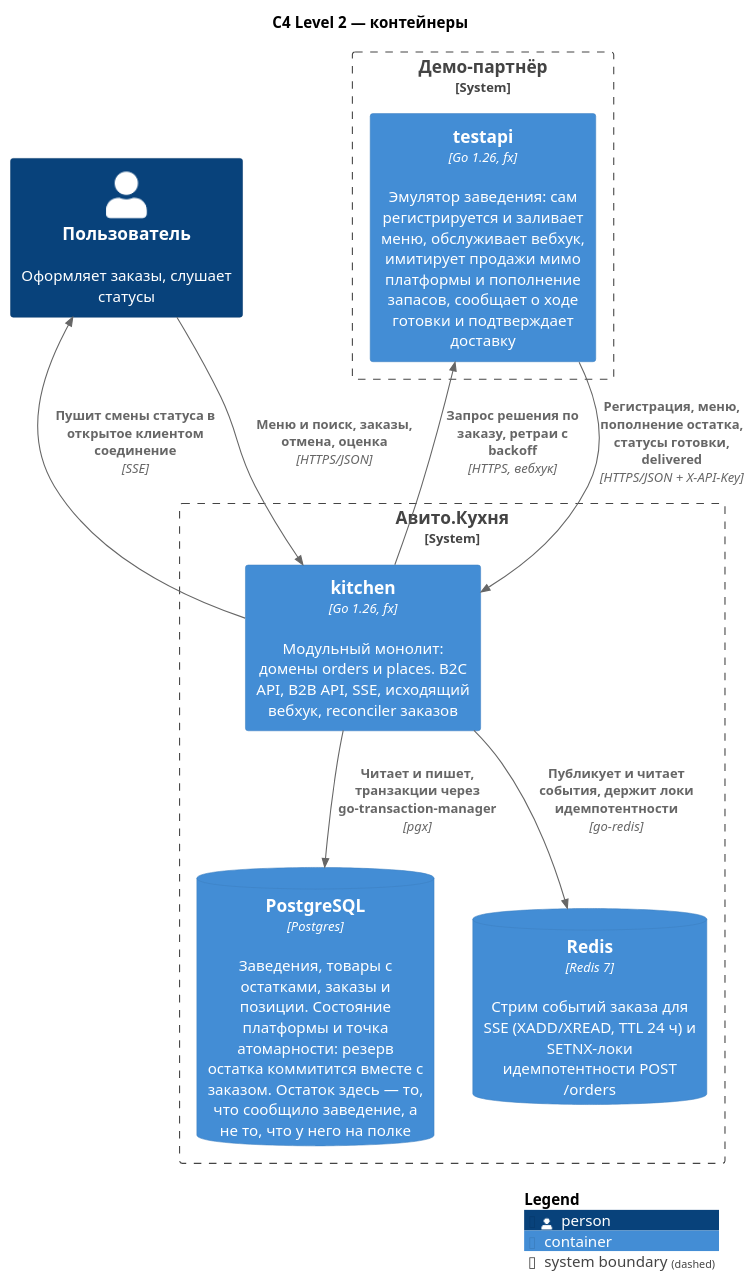
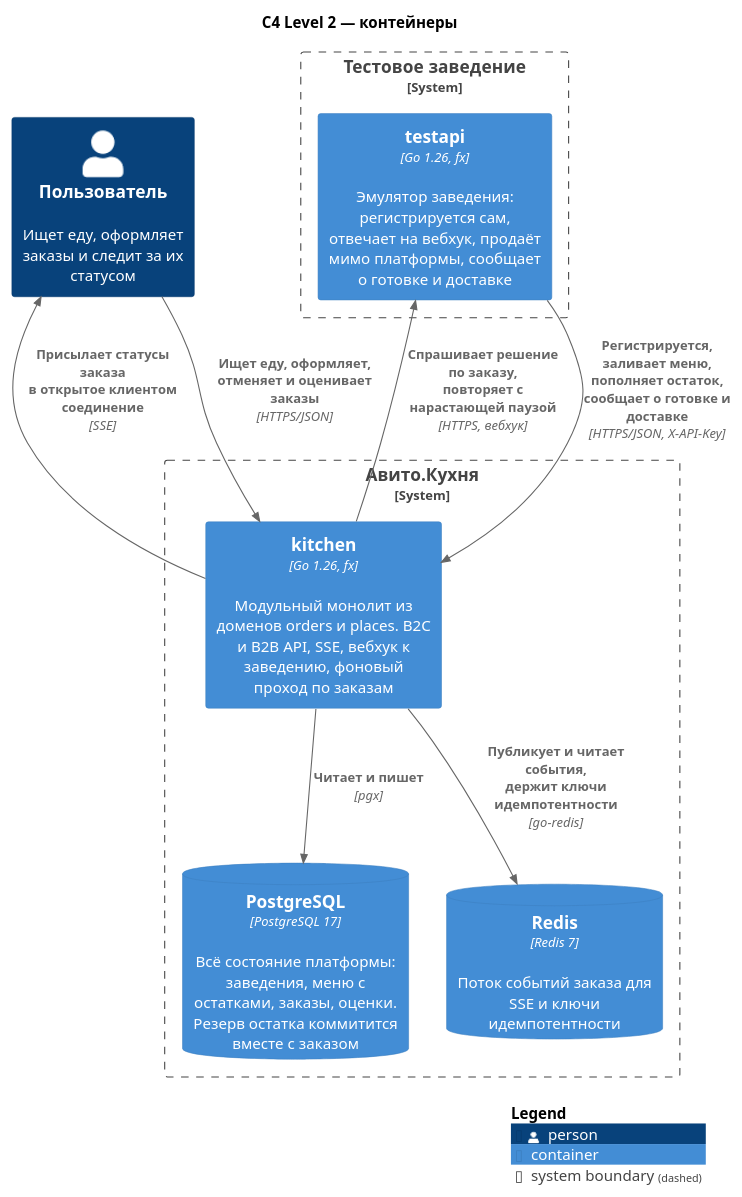
Before and after one commit to Krovenmor/avito-backend-trainee-assignment-autumn-2026: the diagram in docs/diagrams/c4-containers.puml, drawn with PlantUML. The commit also changed 31 other files, not shown here.

```diff
--- a/docs/diagrams/c4-containers.puml
+++ b/docs/diagrams/c4-containers.puml
@@ -1,28 +1,28 @@
 @startuml c4-containers
 !include <C4/C4_Container>
 
 title C4 Level 2 — контейнеры
 
-Person(user, "Пользователь", "Оформляет заказы, слушает статусы")
+Person(user, "Пользователь", "Ищет еду, оформляет заказы и следит за их статусом")
 
 System_Boundary(platform, "Авито.Кухня") {
-    Container(kitchen, "kitchen", "Go 1.26, fx", "Модульный монолит: домены orders и places. B2C API, B2B API, SSE, исходящий вебхук, reconciler заказов")
-    ContainerDb(pg, "PostgreSQL", "Postgres", "Заведения, товары с остатками, заказы и позиции. Состояние платформы и точка атомарности: резерв остатка коммитится вместе с заказом. Остаток здесь — то, что сообщило заведение, а не то, что у него на полке")
-    ContainerDb(redis, "Redis", "Redis 7", "Стрим событий заказа для SSE (XADD/XREAD, TTL 24 ч) и SETNX-локи идемпотентности POST /orders")
+    Container(kitchen, "kitchen", "Go 1.26, fx", "Модульный монолит из доменов orders и places. B2C и B2B API, SSE, вебхук к заведению, фоновый проход по заказам")
+    ContainerDb(pg, "PostgreSQL", "PostgreSQL 17", "Всё состояние платформы: заведения, меню с остатками, заказы, оценки. Резерв остатка коммитится вместе с заказом")
+    ContainerDb(redis, "Redis", "Redis 7", "Поток событий заказа для SSE и ключи идемпотентности")
 }
 
-System_Boundary(partner, "Демо-партнёр") {
-    Container(testapi, "testapi", "Go 1.26, fx", "Эмулятор заведения: сам регистрируется и заливает меню, обслуживает вебхук, имитирует продажи мимо платформы и пополнение запасов, сообщает о ходе готовки и подтверждает доставку")
+System_Boundary(partner, "Тестовое заведение") {
+    Container(testapi, "testapi", "Go 1.26, fx", "Эмулятор заведения: регистрируется сам, отвечает на вебхук, продаёт мимо платформы, сообщает о готовке и доставке")
 }
 
-Rel(user, kitchen, "Меню и поиск, заказы, отмена, оценка", "HTTPS/JSON")
-Rel_R(kitchen, user, "Пушит смены статуса в открытое клиентом соединение", "SSE")
+Rel(user, kitchen, "Ищет еду, оформляет, отменяет и оценивает заказы", "HTTPS/JSON")
+Rel_R(kitchen, user, "Присылает статусы заказа\nв открытое клиентом соединение", "SSE")
 
-Rel(kitchen, pg, "Читает и пишет, транзакции через go-transaction-manager", "pgx")
-Rel(kitchen, redis, "Публикует и читает события, держит локи идемпотентности", "go-redis")
+Rel(kitchen, pg, "Читает и пишет", "pgx")
+Rel(kitchen, redis, "Публикует и читает события,\nдержит ключи идемпотентности", "go-redis")
 
-Rel(testapi, kitchen, "Регистрация, меню, пополнение остатка,\nстатусы готовки, delivered", "HTTPS/JSON + X-API-Key")
-Rel_L(kitchen, testapi, "Запрос решения по заказу, ретраи с backoff", "HTTPS, вебхук")
+Rel(testapi, kitchen, "Регистрируется, заливает меню, пополняет остаток,\nсообщает о готовке и доставке", "HTTPS/JSON, X-API-Key")
+Rel_L(kitchen, testapi, "Спрашивает решение по заказу,\nповторяет с нарастающей паузой", "HTTPS, вебхук")
 
 SHOW_LEGEND()
 @enduml
```
